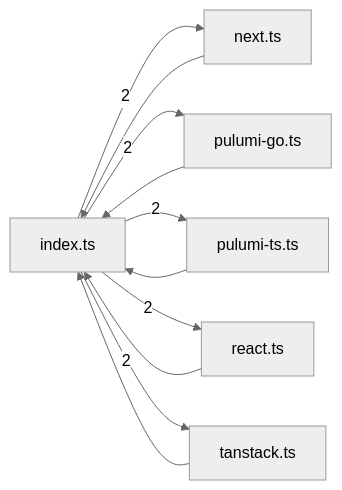
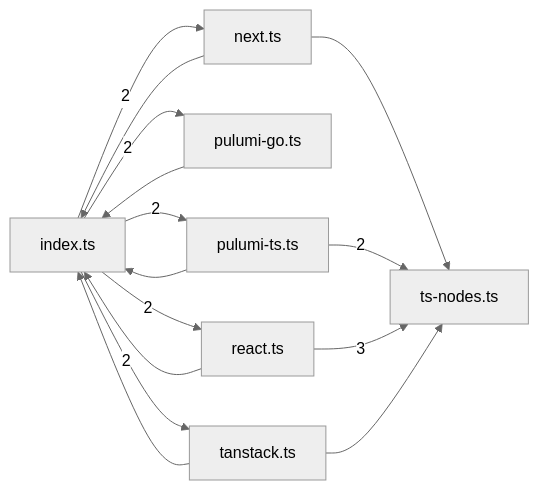
Before and after one commit to sns45/greplost: the eighth of 8 diagrams in .greplost/packages/greplost__core/MAP.md, drawn with Mermaid (neutral theme). The commit also changed other lines of this file and 50 other files, not shown here.

````diff
--- a/.greplost/packages/greplost__core/MAP.md
+++ b/.greplost/packages/greplost__core/MAP.md
@@ -382,19 +391,24 @@
 ```mermaid
 graph LR
   packages_core_src_signals_index_ts["index.ts"]
   packages_core_src_signals_next_ts["next.ts"]
   packages_core_src_signals_pulumi_go_ts["pulumi-go.ts"]
   packages_core_src_signals_pulumi_ts_ts["pulumi-ts.ts"]
   packages_core_src_signals_react_ts["react.ts"]
   packages_core_src_signals_tanstack_ts["tanstack.ts"]
+  packages_core_src_signals_ts_nodes_ts["ts-nodes.ts"]
   packages_core_src_signals_index_ts -->|2| packages_core_src_signals_next_ts
   packages_core_src_signals_index_ts -->|2| packages_core_src_signals_pulumi_go_ts
   packages_core_src_signals_index_ts -->|2| packages_core_src_signals_pulumi_ts_ts
   packages_core_src_signals_index_ts -->|2| packages_core_src_signals_react_ts
   packages_core_src_signals_index_ts -->|2| packages_core_src_signals_tanstack_ts
   packages_core_src_signals_next_ts --> packages_core_src_signals_index_ts
+  packages_core_src_signals_next_ts --> packages_core_src_signals_ts_nodes_ts
   packages_core_src_signals_pulumi_go_ts --> packages_core_src_signals_index_ts
   packages_core_src_signals_pulumi_ts_ts --> packages_core_src_signals_index_ts
+  packages_core_src_signals_pulumi_ts_ts -->|2| packages_core_src_signals_ts_nodes_ts
   packages_core_src_signals_react_ts --> packages_core_src_signals_index_ts
+  packages_core_src_signals_react_ts -->|3| packages_core_src_signals_ts_nodes_ts
   packages_core_src_signals_tanstack_ts --> packages_core_src_signals_index_ts
+  packages_core_src_signals_tanstack_ts --> packages_core_src_signals_ts_nodes_ts
 ```
````
